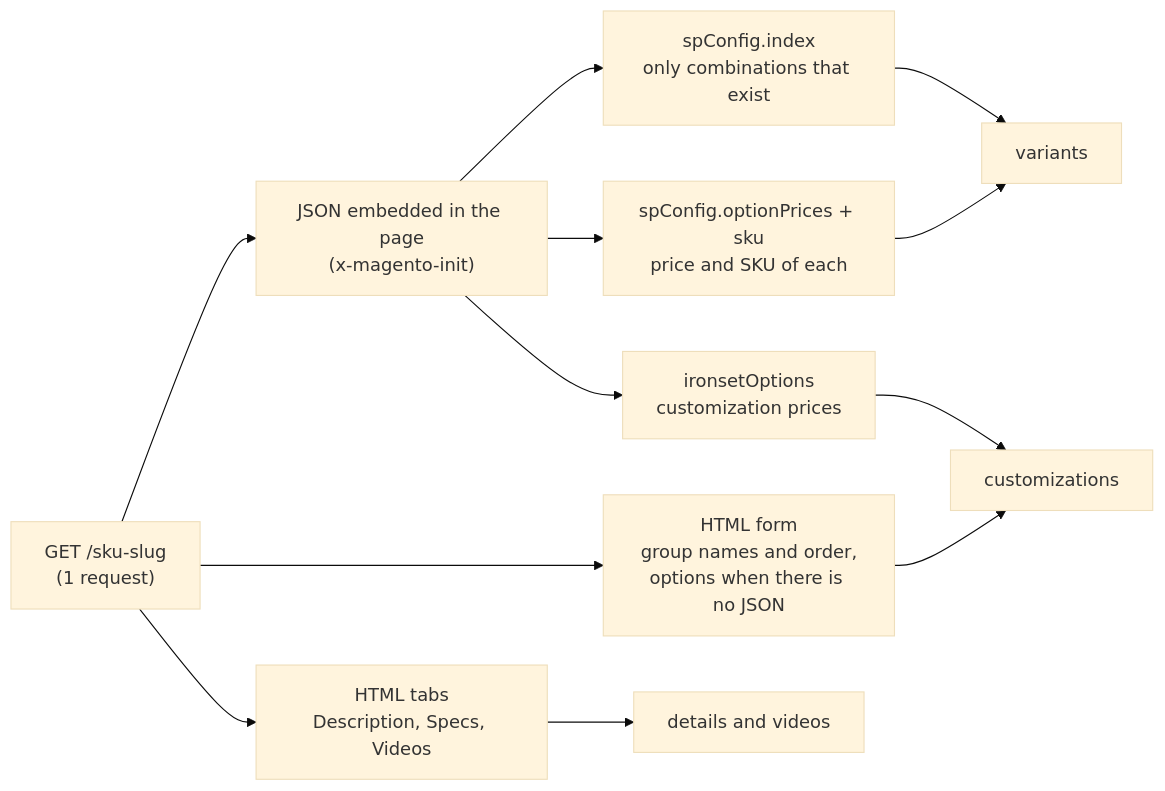
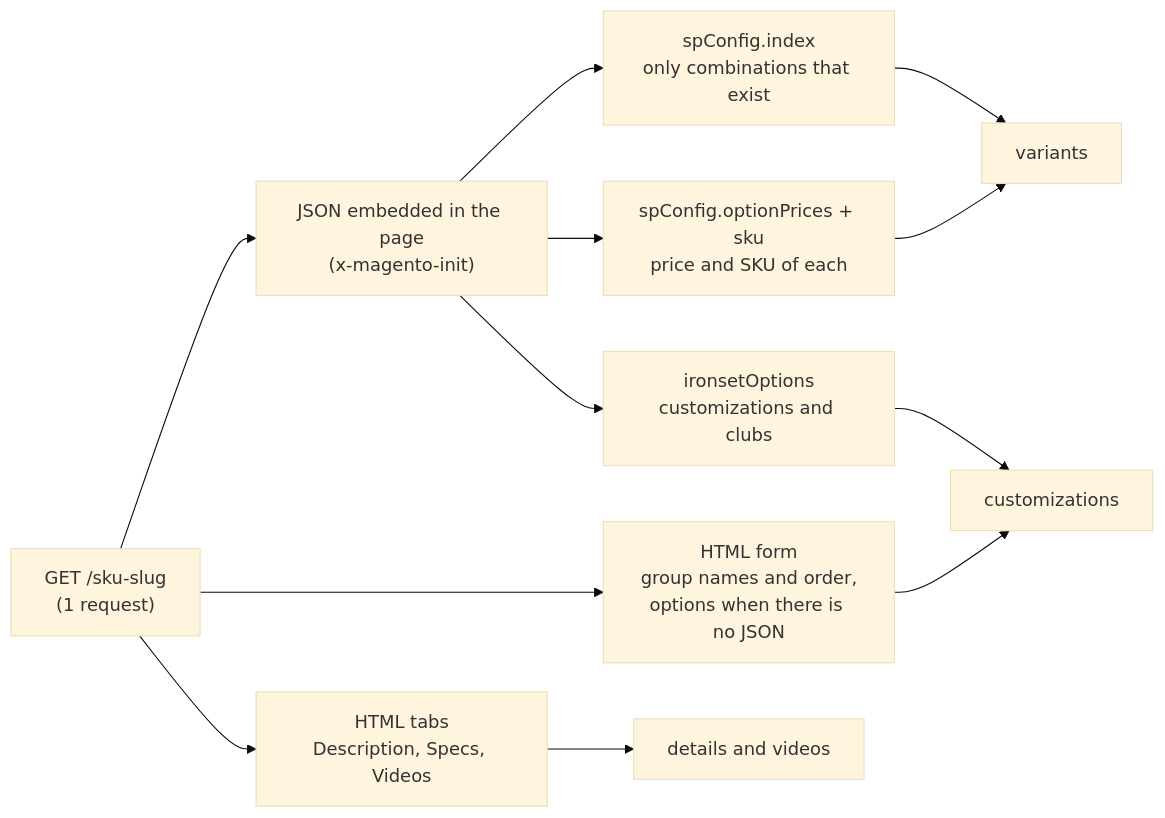
The second of 4 diagrams in DOCUMENTATION.md (RLFreddy/retail-acquisition-engine), drawn with Mermaid (base theme) before and after one commit. The commit also changed other lines of this file and 5 other files, not shown here.

````diff
--- a/DOCUMENTATION.md
+++ b/DOCUMENTATION.md
@@ -104,12 +108,12 @@
 ```mermaid
 flowchart LR
     A["GET /sku-slug<br/>(1 request)"] --> B["JSON embedded in the page<br/>(x-magento-init)"]
     B --> C["spConfig.index<br/>only combinations that exist"]
     B --> D["spConfig.optionPrices + sku<br/>price and SKU of each"]
-    B --> E["ironsetOptions<br/>customization prices"]
+    B --> E["ironsetOptions<br/>customizations and clubs"]
     A --> F["HTML form<br/>group names and order,<br/>options when there is no JSON"]
     A --> G["HTML tabs<br/>Description, Specs, Videos"]
     C & D --> V[variants]
     E & F --> K[customizations]
     G --> P[details and videos]
 ```
````
